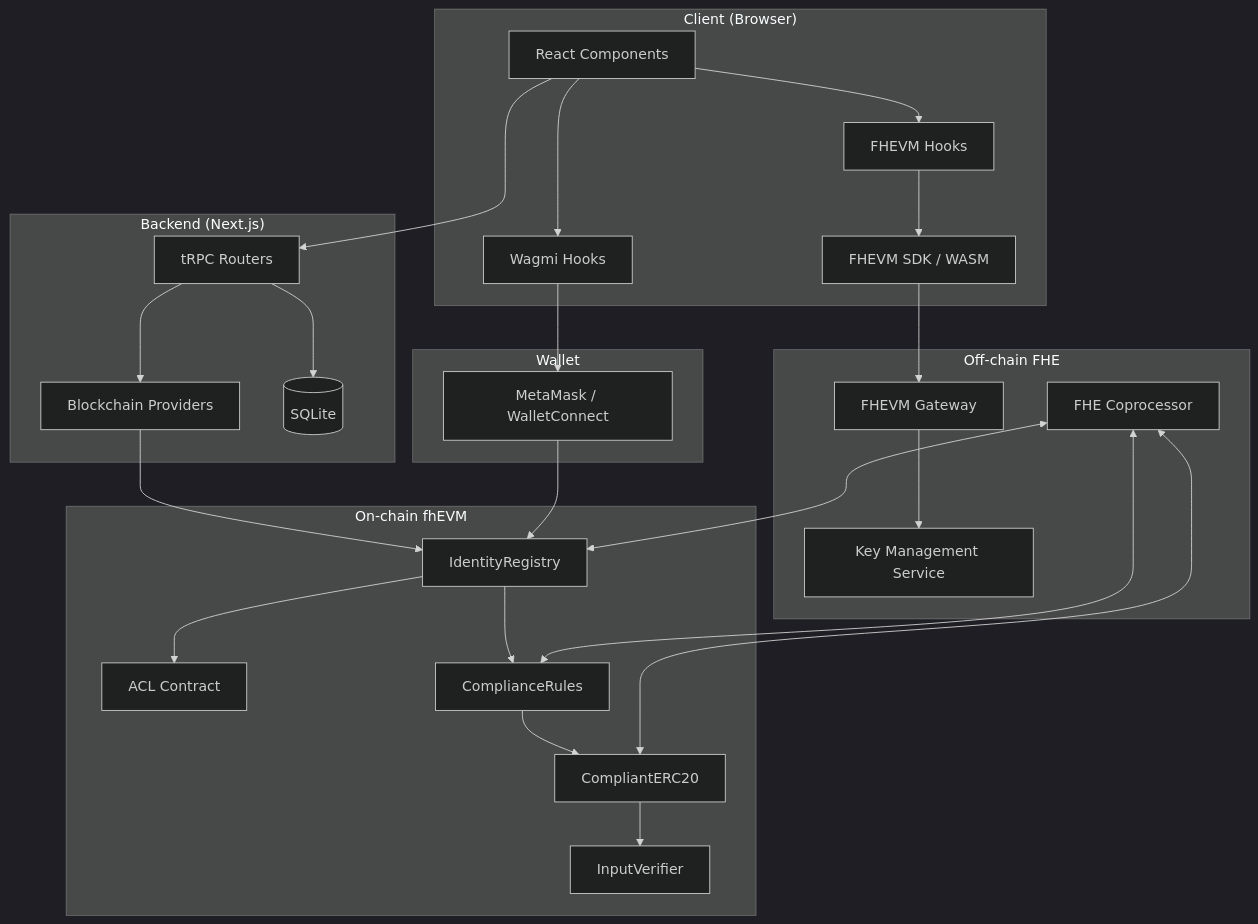
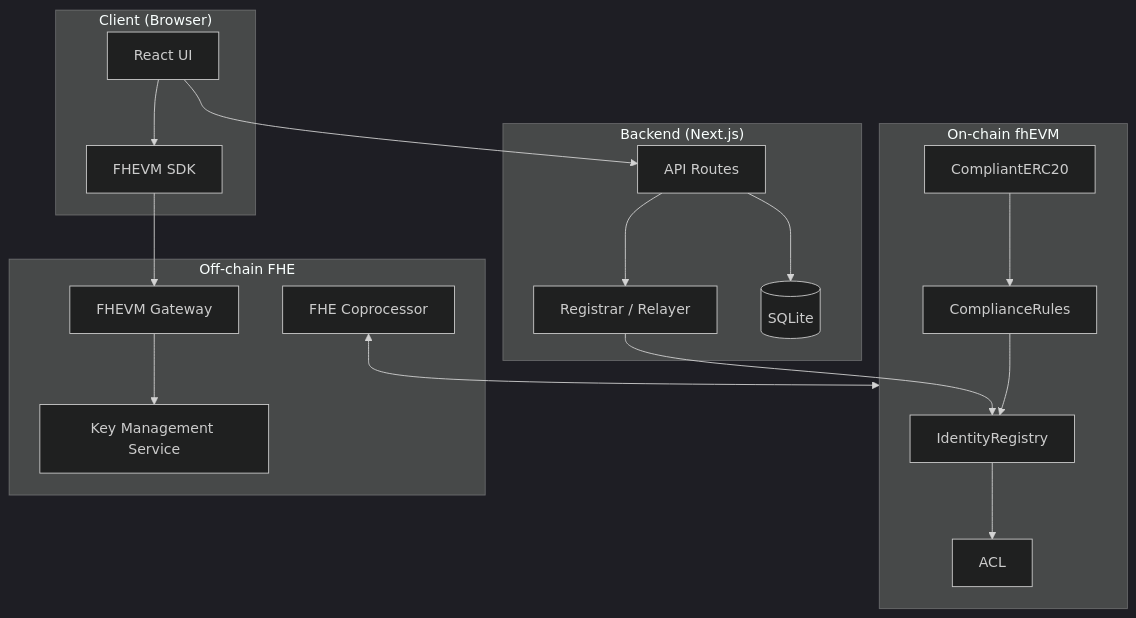
Before and after one commit to gustavovalverde/zentity: the fourth of 9 diagrams in docs/web3-architecture.md, drawn with Mermaid (dark theme). The commit also changed other lines of this file and 19 other files, not shown here.

First line of the commit message:
docs: overhaul architecture docs and navigation

````diff
--- a/docs/web3-architecture.md
+++ b/docs/web3-architecture.md
@@ -42,52 +210,38 @@
 ```mermaid
 graph TB
-    subgraph "Client (Browser)"
-        UI[React Components]
-        ZH[FHEVM Hooks]
-        WH[Wagmi Hooks]
-        SDK[FHEVM SDK / WASM]
-    end
+  subgraph Client["Client (Browser)"]
+    UI[React UI]
+    SDK[FHEVM SDK]
+  end
 
-    subgraph "Wallet"
-        W[MetaMask / WalletConnect]
-    end
+  subgraph Backend["Backend (Next.js)"]
+    API[API Routes]
+    REG[Registrar / Relayer]
+    DB[(SQLite)]
+  end
 
-    subgraph "Backend (Next.js)"
-        TRPC[tRPC Routers]
-        BP[Blockchain Providers]
-        DB[(SQLite)]
-    end
+  subgraph Chain["On-chain fhEVM"]
+    IR[IdentityRegistry]
+    ACL[ACL]
+    CR[ComplianceRules]
+    ERC[CompliantERC20]
+  end
 
-    subgraph "On-chain fhEVM"
-        IR[IdentityRegistry]
-        ACL[ACL Contract]
-        CR[ComplianceRules]
-        ERC[CompliantERC20]
-        IV[InputVerifier]
-    end
+  subgraph OffChain["Off-chain FHE"]
+    GW[FHEVM Gateway]
+    KMS[Key Management Service]
+    FHE[FHE Coprocessor]
+  end
 
-    subgraph "Off-chain FHE"
-        GW[FHEVM Gateway]
-        KMS[Key Management Service]
-        FHE[FHE Coprocessor]
-    end
-
-    UI --> ZH
-    UI --> WH
-    ZH --> SDK
-    WH --> W
-    SDK --> GW
-    GW --> KMS
-    UI --> TRPC
-    TRPC --> BP
-    TRPC --> DB
-    BP --> IR
-    IR --> ACL
-    IR --> CR
-    CR --> ERC
-    ERC --> IV
-    W --> IR
-    FHE <--> IR
-    FHE <--> CR
-    FHE <--> ERC
+  UI --> SDK
+  UI --> API
+  API --> REG
+  API --> DB
+  REG --> IR
+  IR --> ACL
+  CR --> IR
+  ERC --> CR
+  SDK --> GW
+  GW --> KMS
+  FHE <--> Chain
 ```
````
